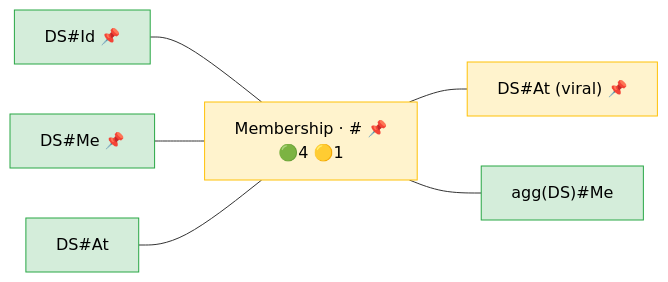
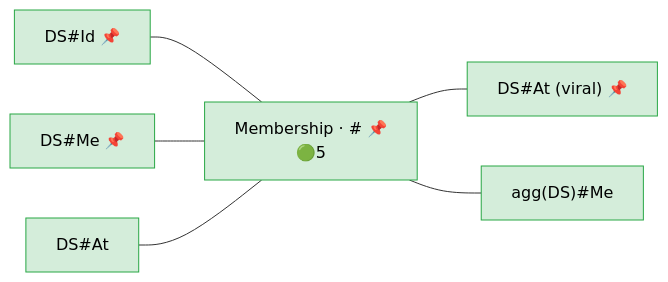
Before and after one commit to Meaningful-Data/vtlengine: the diagram in docs/operator_map/general/membership.rst, drawn with Mermaid. The commit also changed other lines of this file and 87 other files, not shown here.

```diff
--- a/docs/operator_map/general/membership.rst
+++ b/docs/operator_map/general/membership.rst
@@ -24,27 +24,27 @@
 .. mermaid::
    :config: {"flowchart": {"useMaxWidth": false}}
 
    flowchart LR
        classDef ok fill:#d4edda,stroke:#28a745,color:#000
        classDef partial fill:#fff3cd,stroke:#ffc107,color:#000
        classDef refused fill:#d4edda,stroke:#28a745,stroke-width:3px,stroke-dasharray: 2 2,color:#000
        classDef missing fill:#f8d7da,stroke:#dc3545,color:#000
        classDef diverge fill:#cce5ff,stroke:#007bff,color:#000
        classDef block fill:#2b3a4a,stroke:#2b3a4a,color:#fff,font-weight:bold
        classDef ext fill:#fff,stroke:#666,color:#000,stroke-dasharray: 5 5
-       O["Membership · #35; 📌<br/>🟢4 🟡1"]:::partial
+       O["Membership · #35; 📌<br/>🟢5"]:::ok
        v_identifier["DS#35;Id 📌"]:::ok
        v_measure["DS#35;Me 📌"]:::ok
        v_attribute["DS#35;At"]:::ok
-       v_viral_attribute["DS#35;At (viral) 📌"]:::partial
+       v_viral_attribute["DS#35;At (viral) 📌"]:::ok
        v_on_aggregate["agg(DS)#35;Me"]:::ok
        v_identifier --- O
        v_measure --- O
        v_attribute --- O
        O --- v_viral_attribute
        O --- v_on_aggregate
        click v_identifier href "#form-identifier"
        click v_measure href "#form-measure"
        click v_attribute href "#form-attribute"
        click v_viral_attribute href "#form-viral-attribute"
        click v_on_aggregate href "#form-on-aggregate"
```
